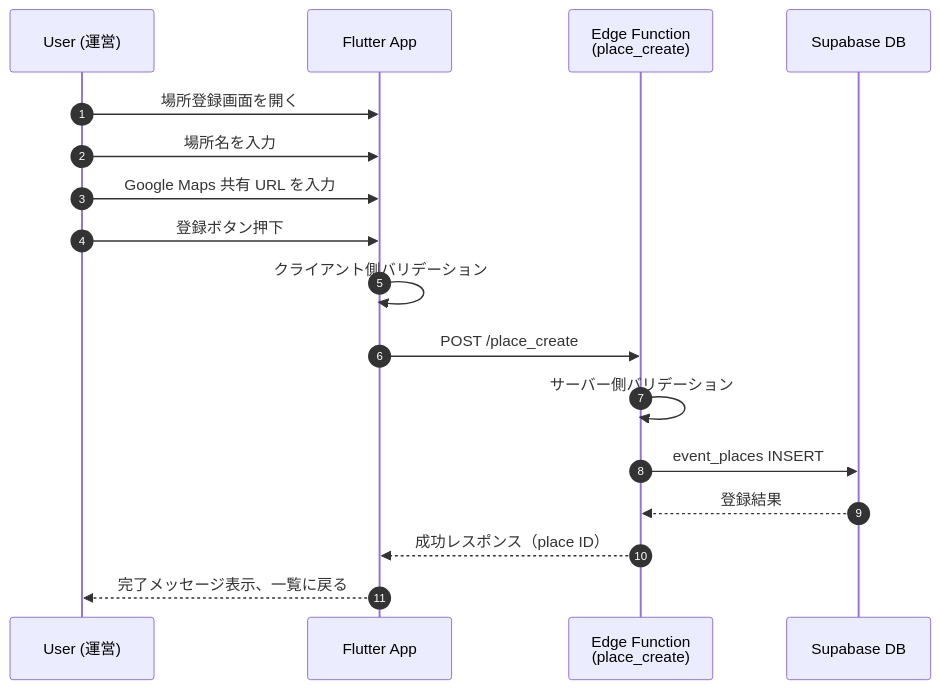
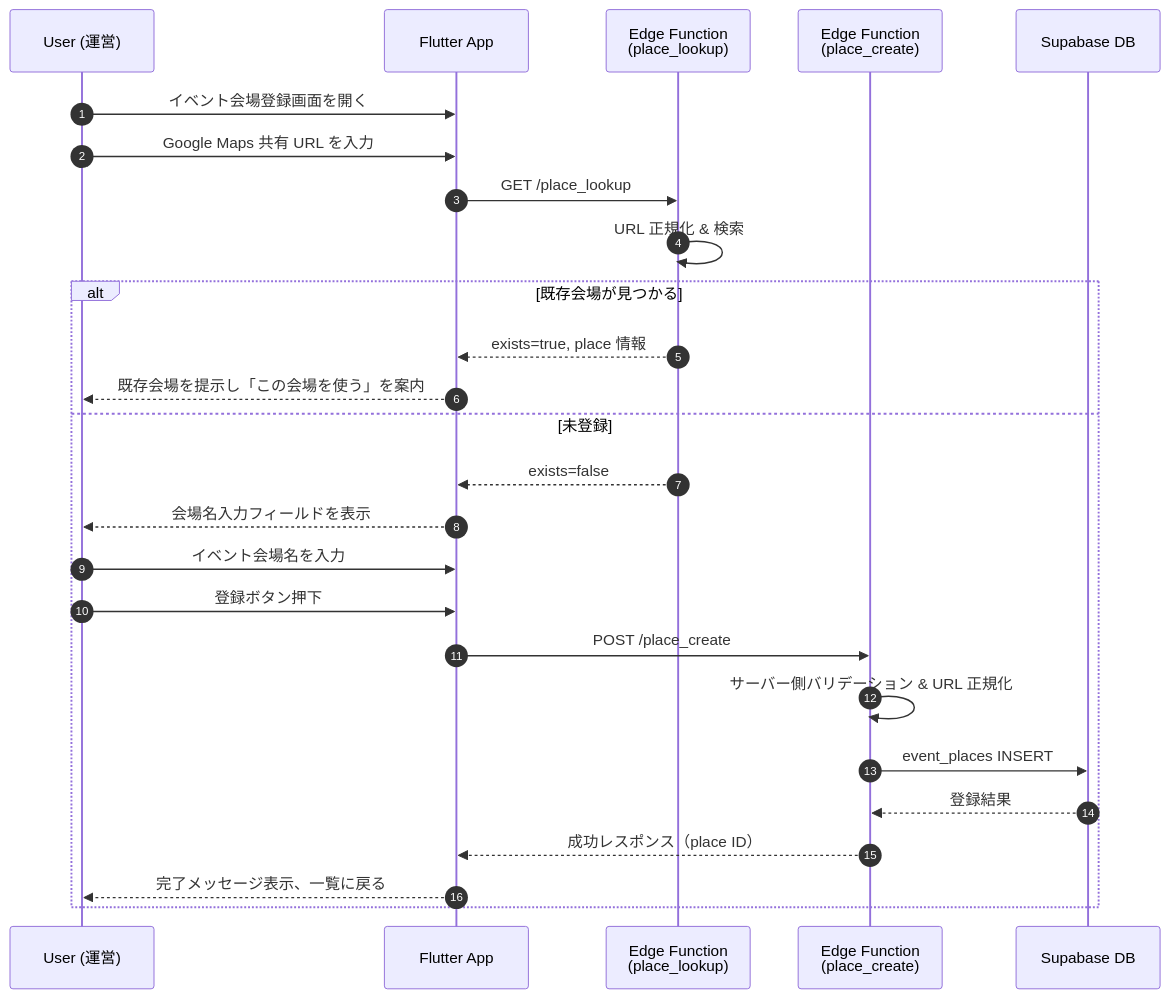
Before and after one commit to kerokerotur/banars-app: the second of 4 diagrams in docs/DESIGN_DOCS/events/place_registration.md, drawn with Mermaid. The commit also changed other lines of this file and 27 other files, not shown here.

````diff
--- a/docs/DESIGN_DOCS/events/place_registration.md
+++ b/docs/DESIGN_DOCS/events/place_registration.md
@@ -29,20 +29,29 @@
 ```mermaid
 sequenceDiagram
     autonumber
     participant User as User (運営)
     participant App as Flutter App
+    participant EdgeLookup as Edge Function<br>(place_lookup)
     participant Edge as Edge Function<br>(place_create)
     participant DB as Supabase DB
 
-    User->>App: 場所登録画面を開く
-    User->>App: 場所名を入力
+    User->>App: イベント会場登録画面を開く
     User->>App: Google Maps 共有 URL を入力
-    User->>App: 登録ボタン押下
-    App->>App: クライアント側バリデーション
-    App->>Edge: POST /place_create
-    Edge->>Edge: サーバー側バリデーション
-    Edge->>DB: event_places INSERT
-    DB-->>Edge: 登録結果
-    Edge-->>App: 成功レスポンス（place ID）
-    App-->>User: 完了メッセージ表示、一覧に戻る
+    App->>EdgeLookup: GET /place_lookup
+    EdgeLookup->>EdgeLookup: URL 正規化 & 検索
+    alt 既存会場が見つかる
+        EdgeLookup-->>App: exists=true, place 情報
+        App-->>User: 既存会場を提示し「この会場を使う」を案内
+    else 未登録
+        EdgeLookup-->>App: exists=false
+        App-->>User: 会場名入力フィールドを表示
+        User->>App: イベント会場名を入力
+        User->>App: 登録ボタン押下
+        App->>Edge: POST /place_create
+        Edge->>Edge: サーバー側バリデーション & URL 正規化
+        Edge->>DB: event_places INSERT
+        DB-->>Edge: 登録結果
+        Edge-->>App: 成功レスポンス（place ID）
+        App-->>User: 完了メッセージ表示、一覧に戻る
+    end
 ```
````
